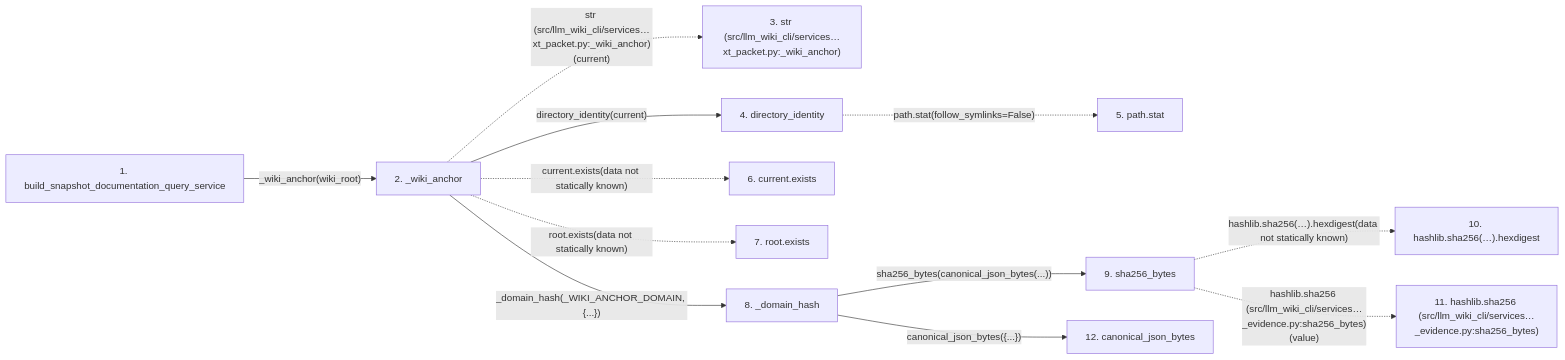
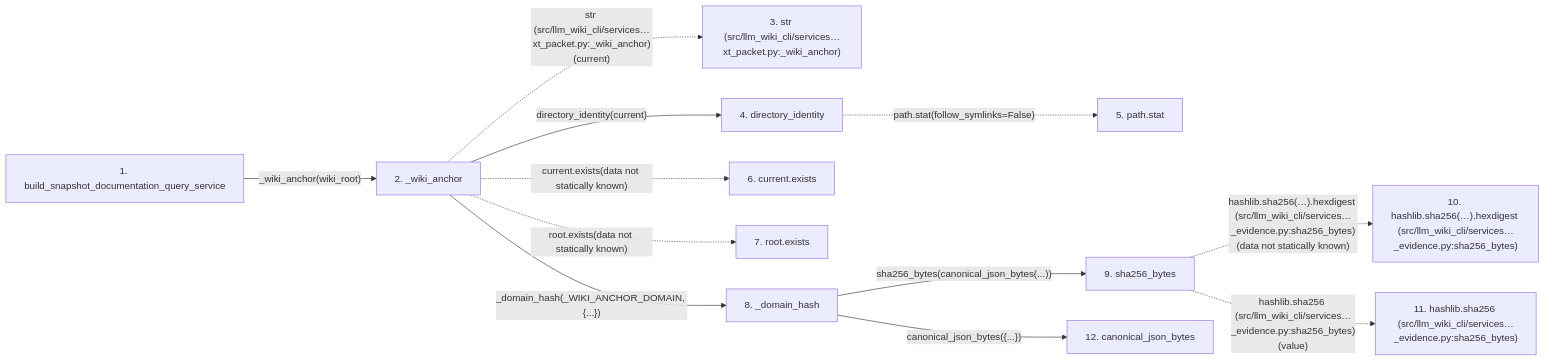
The second of 2 diagrams in docs/llm_wiki/flows/api-build_snapshot_documentation_query_service.md (Denissvgn/python-wiki-llm), drawn with Mermaid before and after one commit. The commit also changed other lines of this file and 1410 other files, not shown here.

````diff
--- a/docs/llm_wiki/flows/api-build_snapshot_documentation_query_service.md
+++ b/docs/llm_wiki/flows/api-build_snapshot_documentation_query_service.md
@@ -110,32 +133,32 @@
 ```mermaid
 flowchart LR
     s1["1. build_snapshot_documentation_query_service"]
     s2["2. _wiki_anchor"]
     s3["3. str (src/llm_wiki_cli/services…xt_packet.py:_wiki_anchor)"]
     s4["4. directory_identity"]
     s5["5. path.stat"]
     s6["6. current.exists"]
     s7["7. root.exists"]
     s8["8. _domain_hash"]
     s9["9. sha256_bytes"]
-    s10["10. hashlib.sha256(…).hexdigest"]
+    s10["10. hashlib.sha256(…).hexdigest (src/llm_wiki_cli/services…_evidence.py:sha256_bytes)"]
     s11["11. hashlib.sha256 (src/llm_wiki_cli/services…_evidence.py:sha256_bytes)"]
     s12["12. canonical_json_bytes"]
     s1 -->|"_wiki_anchor(wiki_root)"| s2
     s2 -. "str (src/llm_wiki_cli/services…xt_packet.py:_wiki_anchor)(current)" .-> s3
     s2 -->|"directory_identity(current)"| s4
     s4 -. "path.stat(follow_symlinks=False)" .-> s5
     s2 -. "current.exists(data not statically known)" .-> s6
     s2 -. "root.exists(data not statically known)" .-> s7
     s2 -->|"_domain_hash(_WIKI_ANCHOR_DOMAIN, {...})"| s8
     s8 -->|"sha256_bytes(canonical_json_bytes(...))"| s9
-    s9 -. "hashlib.sha256(…).hexdigest(data not statically known)" .-> s10
+    s9 -. "hashlib.sha256(…).hexdigest (src/llm_wiki_cli/services…_evidence.py:sha256_bytes)(data not statically known)" .-> s10
     s9 -. "hashlib.sha256 (src/llm_wiki_cli/services…_evidence.py:sha256_bytes)(value)" .-> s11
     s8 -->|"canonical_json_bytes({...})"| s12
     click s1 "../modules/documentation_query_builder.md"
     click s2 "../modules/context_packet.md"
     click s4 "../modules/source_snapshot.md"
     click s8 "../modules/context_packet.md"
     click s9 "../modules/knowledge_evidence.md"
     click s12 "../modules/knowledge_evidence.md"
 ```
````
